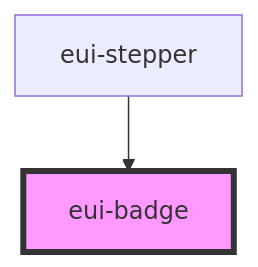
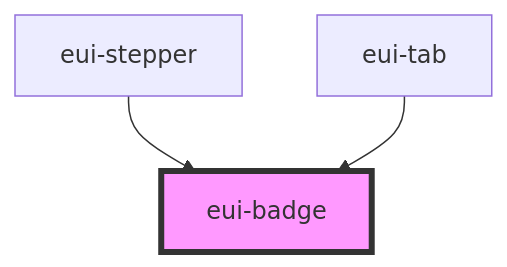
Before and after one commit to pnd-amirhosein/U_and_I: the diagram in ensemble-ui/src/components/badge/readme.md, drawn with Mermaid. The commit also changed other lines of this file and 15 other files, not shown here.

````diff
--- a/ensemble-ui/src/components/badge/readme.md
+++ b/ensemble-ui/src/components/badge/readme.md
@@ -24,5 +25,6 @@
 ```mermaid
 graph TD;
   eui-stepper --> eui-badge
+  eui-tab --> eui-badge
   style eui-badge fill:#f9f,stroke:#333,stroke-width:4px
 ```
````
